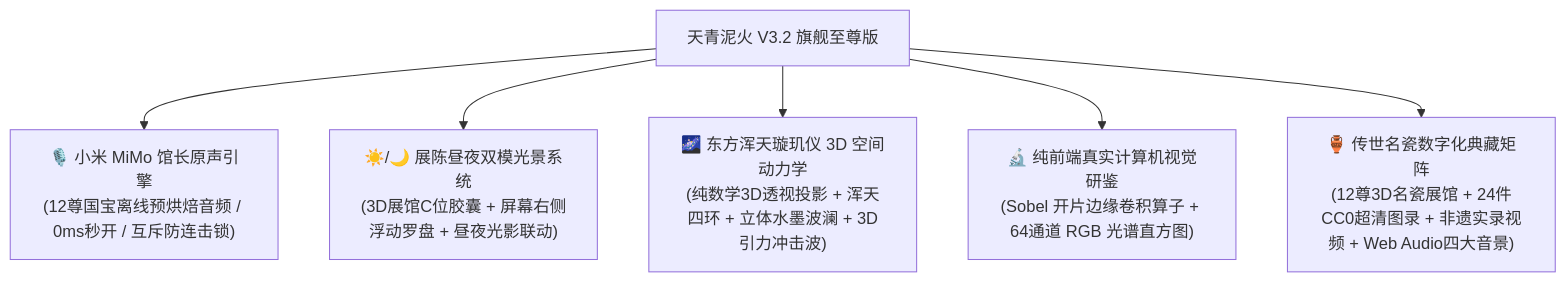
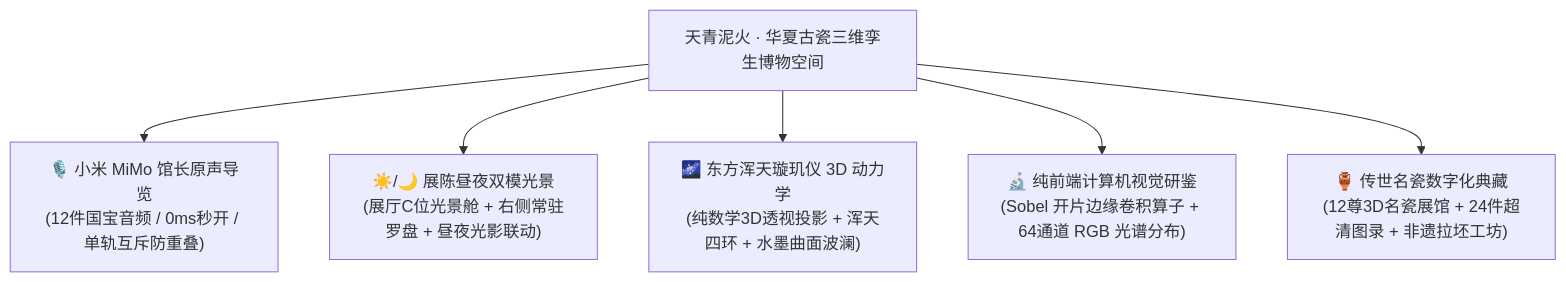
Before and after one commit to SherlockYzz/Memories-of-Chinese-Porcelain-Web: the diagram in README.md, drawn with Mermaid. The commit also changed other lines of this file and 5 other files, not shown here.

````diff
--- a/README.md
+++ b/README.md
@@ -31,8 +30,8 @@
 ```mermaid
-graph TD
-    A["天青泥火 V3.2 旗舰至尊版"] --> B["🎙️ 小米 MiMo 馆长原声引擎<br/>(12尊国宝离线预烘焙音频 / 0ms秒开 / 互斥防连击锁)"]
-    A --> C["☀️/🌙 展陈昼夜双模光景系统<br/>(3D展馆C位胶囊 + 屏幕右侧浮动罗盘 + 昼夜光影联动)"]
-    A --> D["🌌 东方浑天璇玑仪 3D 空间动力学<br/>(纯数学3D透视投影 + 浑天四环 + 立体水墨波澜 + 3D引力冲击波)"]
-    A --> E["🔬 纯前端真实计算机视觉研鉴<br/>(Sobel 开片边缘卷积算子 + 64通道 RGB 光谱直方图)"]
-    A --> F["🏺 传世名瓷数字化典藏矩阵<br/>(12尊3D名瓷展馆 + 24件CC0超清图录 + 非遗实录视频 + Web Audio四大音景)"]
+flowchart TD
+    A["天青泥火 · 华夏古瓷三维孪生博物空间"] --> B["🎙️ 小米 MiMo 馆长原声导览<br/>(12件国宝音频 / 0ms秒开 / 单轨互斥防重叠)"]
+    A --> C["☀️/🌙 展陈昼夜双模光景<br/>(展厅C位光景舱 + 右侧常驻罗盘 + 昼夜光影联动)"]
+    A --> D["🌌 东方浑天璇玑仪 3D 动力学<br/>(纯数学3D透视投影 + 浑天四环 + 水墨曲面波澜)"]
+    A --> E["🔬 纯前端计算机视觉研鉴<br/>(Sobel 开片边缘卷积算子 + 64通道 RGB 光谱分布)"]
+    A --> F["🏺 传世名瓷数字化典藏<br/>(12尊3D名瓷展馆 + 24件超清图录 + 非遗拉坯工坊)"]
 ```
````
